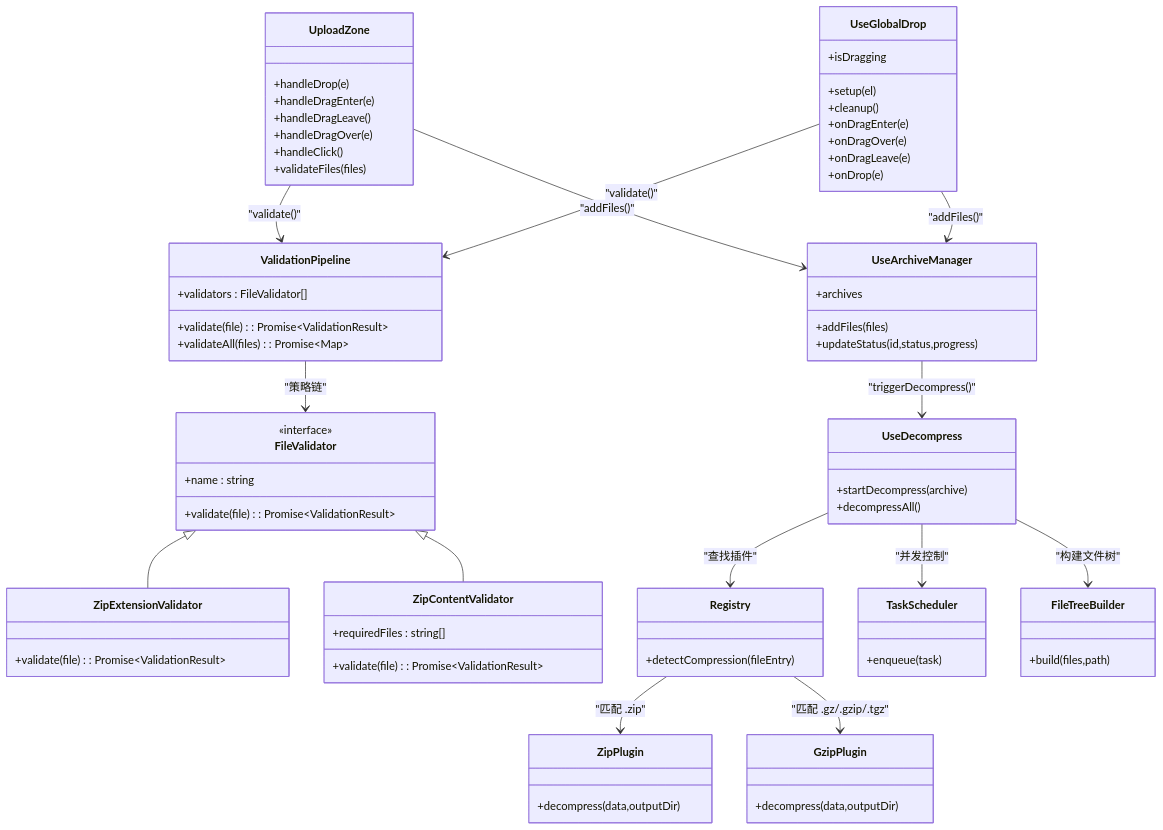
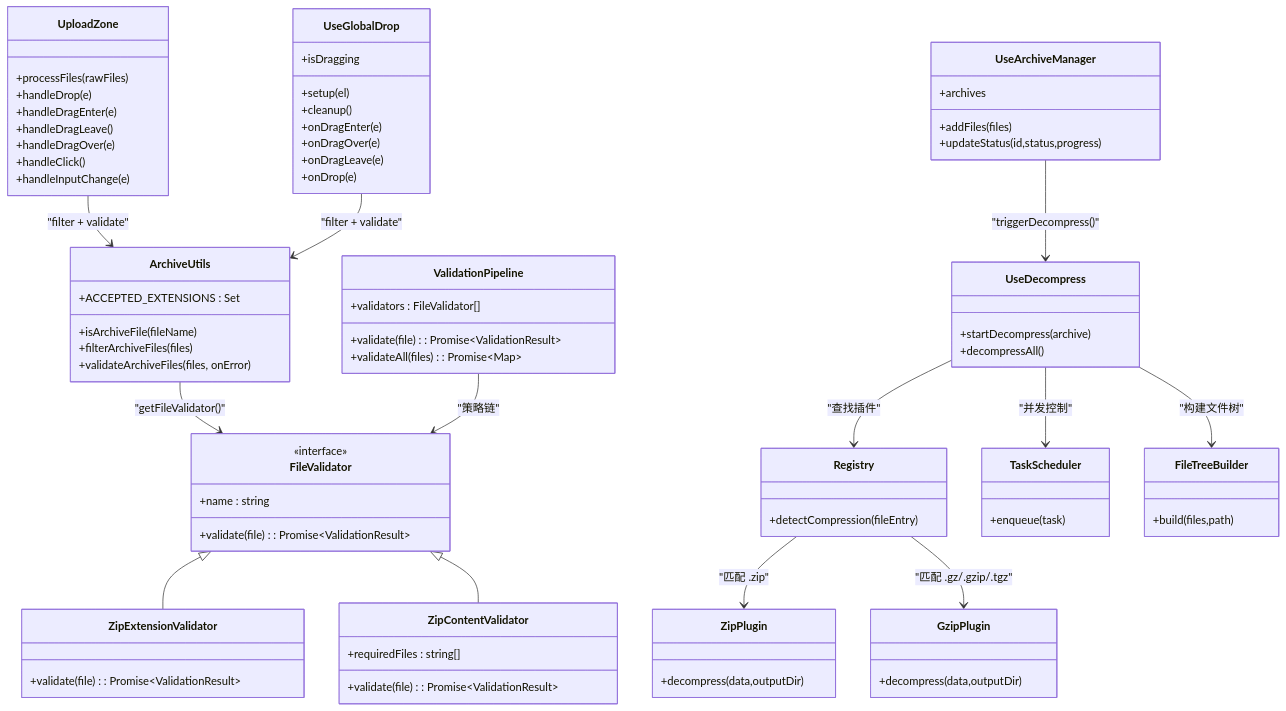
The third of 4 diagrams in .qoder/repowiki/zh/content/架构设计/组件层次结构/档案面板组件/UploadZone 上传区域组件.md (taoweidong/Hello-Tauri), drawn with Mermaid before and after one commit. The commit also changed other lines of this file and 119 other files, not shown here.

````diff
--- a/.qoder/repowiki/zh/content/架构设计/组件层次结构/档案面板组件/UploadZone 上传区域组件.md
+++ b/.qoder/repowiki/zh/content/架构设计/组件层次结构/档案面板组件/UploadZone 上传区域组件.md
@@ -163,74 +183,80 @@
 ```mermaid
 classDiagram
 class UploadZone {
++processFiles(rawFiles)
 +handleDrop(e)
 +handleDragEnter(e)
 +handleDragLeave()
 +handleDragOver(e)
 +handleClick()
-+validateFiles(files)
++handleInputChange(e)
 }
 class UseGlobalDrop {
 +isDragging
 +setup(el)
 +cleanup()
 +onDragEnter(e)
 +onDragOver(e)
 +onDragLeave(e)
 +onDrop(e)
+}
+class ArchiveUtils {
++ACCEPTED_EXTENSIONS : Set
++isArchiveFile(fileName)
++filterArchiveFiles(files)
++validateArchiveFiles(files, onError)
 }
 class FileValidator {
 <<interface>>
 +name : string
 +validate(file) : Promise~ValidationResult~
 }
 class ZipExtensionValidator {
 +validate(file) : Promise~ValidationResult~
 }
 class ZipContentValidator {
 +requiredFiles : string[]
 +validate(file) : Promise~ValidationResult~
 }
 class ValidationPipeline {
 +validators : FileValidator[]
 +validate(file) : Promise~ValidationResult~
 +validateAll(files) : Promise~Map~
 }
 class UseArchiveManager {
 +archives
 +addFiles(files)
 +updateStatus(id,status,progress)
 }
 class UseDecompress {
 +startDecompress(archive)
 +decompressAll()
 }
 class Registry {
 +detectCompression(fileEntry)
 }
 class ZipPlugin {
 +decompress(data,outputDir)
 }
 class GzipPlugin {
 +decompress(data,outputDir)
 }
 class TaskScheduler {
 +enqueue(task)
 }
 class FileTreeBuilder {
 +build(files,path)
 }
-UploadZone --> UseArchiveManager : "addFiles()"
-UseGlobalDrop --> UseArchiveManager : "addFiles()"
-UploadZone --> ValidationPipeline : "validate()"
-UseGlobalDrop --> ValidationPipeline : "validate()"
-ValidationPipeline --> FileValidator : "策略链"
+UploadZone --> ArchiveUtils : "filter + validate"
+UseGlobalDrop --> ArchiveUtils : "filter + validate"
+ArchiveUtils --> FileValidator : "getFileValidator()"
 FileValidator <|-- ZipExtensionValidator
 FileValidator <|-- ZipContentValidator
+ValidationPipeline --> FileValidator : "策略链"
 UseArchiveManager --> UseDecompress : "triggerDecompress()"
 UseDecompress --> TaskScheduler : "并发控制"
 UseDecompress --> Registry : "查找插件"
 Registry --> ZipPlugin : "匹配 .zip"
 Registry --> GzipPlugin : "匹配 .gz/.gzip/.tgz"
 UseDecompress --> FileTreeBuilder : "构建文件树"
 ```
````
